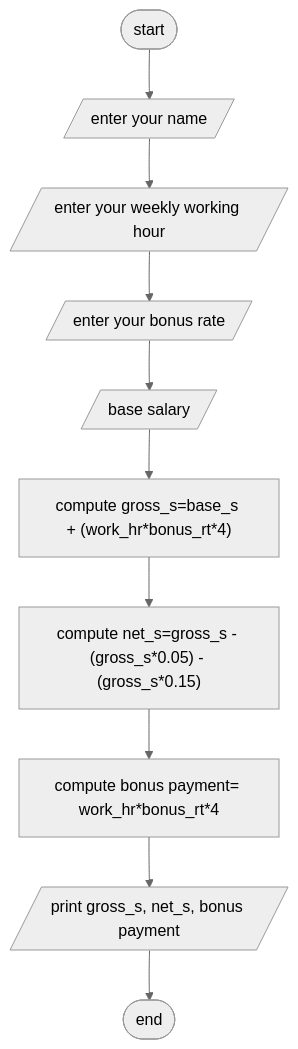
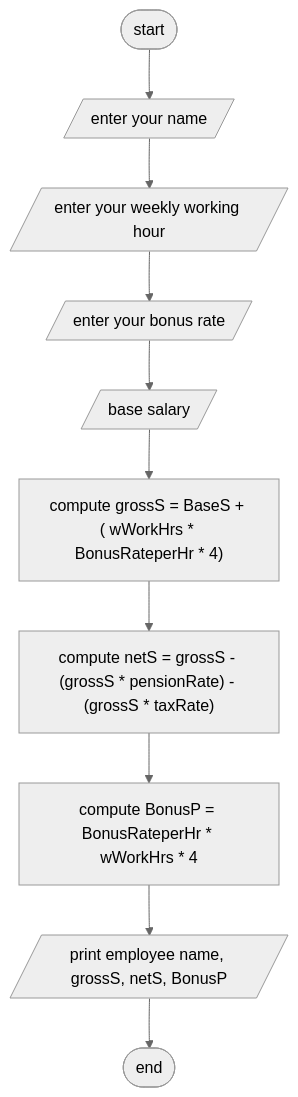
Before and after one commit to SWEG-2015EC-Batch/Codify: the diagram in ETS1118_15_Philipos_Hailu/2nd year/Exercise 1/Q5 Salary problem/Analysis.md, drawn with Mermaid (neutral theme).

````diff
--- a/ETS1118_15_Philipos_Hailu/2nd year/Exercise 1/Q5 Salary problem/Analysis.md
+++ b/ETS1118_15_Philipos_Hailu/2nd year/Exercise 1/Q5 Salary problem/Analysis.md
@@ -35,12 +35,12 @@
 ```mermaid
 flowchart TD;
 A([start]) --> B[/enter your name/];
 B --> C[/enter your weekly working hour/];
 C --> D[/enter your bonus rate/];
 D --> E[/base salary/];
-E--> F["compute gross_s=base_s + (work_hr*bonus_rt*4)"];
-F --> G["compute net_s=gross_s - (gross_s*0.05) - (gross_s*0.15)"];
-G --> H["compute bonus payment= work_hr*bonus_rt*4"];
-H --> I[/print gross_s, net_s, bonus payment/];
+E--> F["compute grossS = BaseS + ( wWorkHrs * BonusRateperHr * 4)"];
+F --> G["compute netS = grossS - (grossS * pensionRate) - (grossS * taxRate)"];
+G --> H["compute BonusP = BonusRateperHr * wWorkHrs * 4"];
+H --> I[/print employee name, grossS, netS, BonusP/];
 I --> J([end]);
 ```
````
